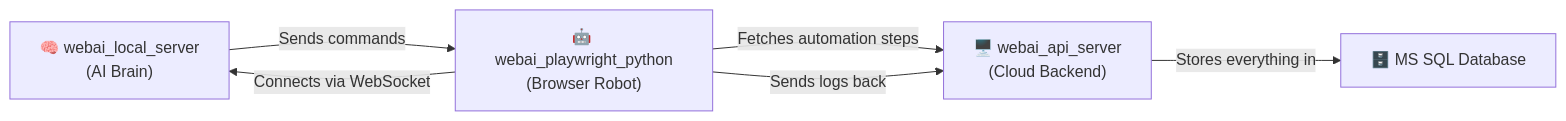
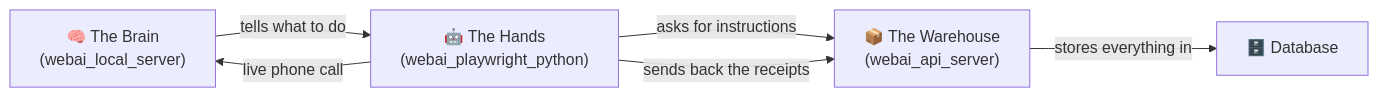
Before and after one commit to mariselvambtech/AILearn: the first of 2 diagrams in WEBAI_AUTOMATION/walkthrough.md, drawn with Mermaid. The commit also changed other lines of this file, not shown here.

````diff
--- a/WEBAI_AUTOMATION/walkthrough.md
+++ b/WEBAI_AUTOMATION/walkthrough.md
@@ -19,12 +95,12 @@
 ```mermaid
 graph LR
-    A["🖥️ webai_api_server<br/>(Cloud Backend)"]
-    B["🧠 webai_local_server<br/>(AI Brain)"]
-    C["🤖 webai_playwright_python<br/>(Browser Robot)"]
-    
-    C -- "Fetches automation steps" --> A
-    C -- "Connects via WebSocket" --> B
-    B -- "Sends commands" --> C
-    C -- "Sends logs back" --> A
-    A -- "Stores everything in" --> D["🗄️ MS SQL Database"]
+    A["📦 The Warehouse<br/>(webai_api_server)"]
+    B["🧠 The Brain<br/>(webai_local_server)"]
+    C["🤖 The Hands<br/>(webai_playwright_python)"]
+
+    C -- "asks for instructions" --> A
+    C -- "live phone call" --> B
+    B -- "tells what to do" --> C
+    C -- "sends back the receipts" --> A
+    A -- "stores everything in" --> D["🗄️ Database"]
 ```
````
